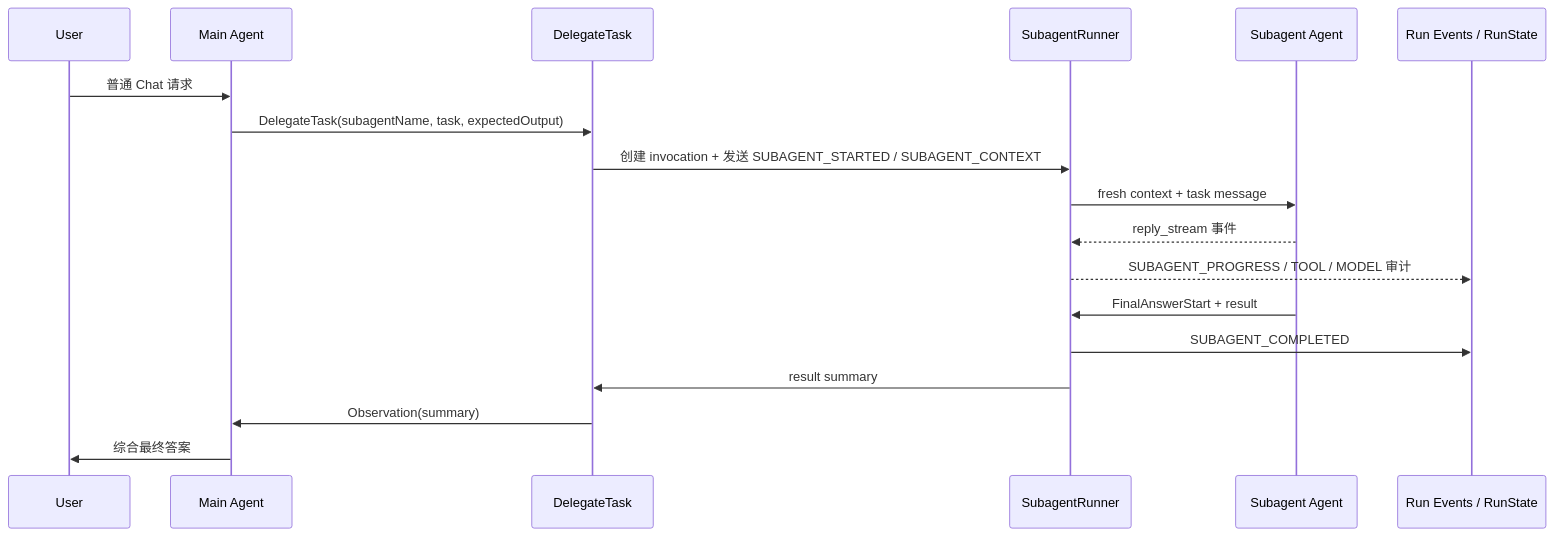
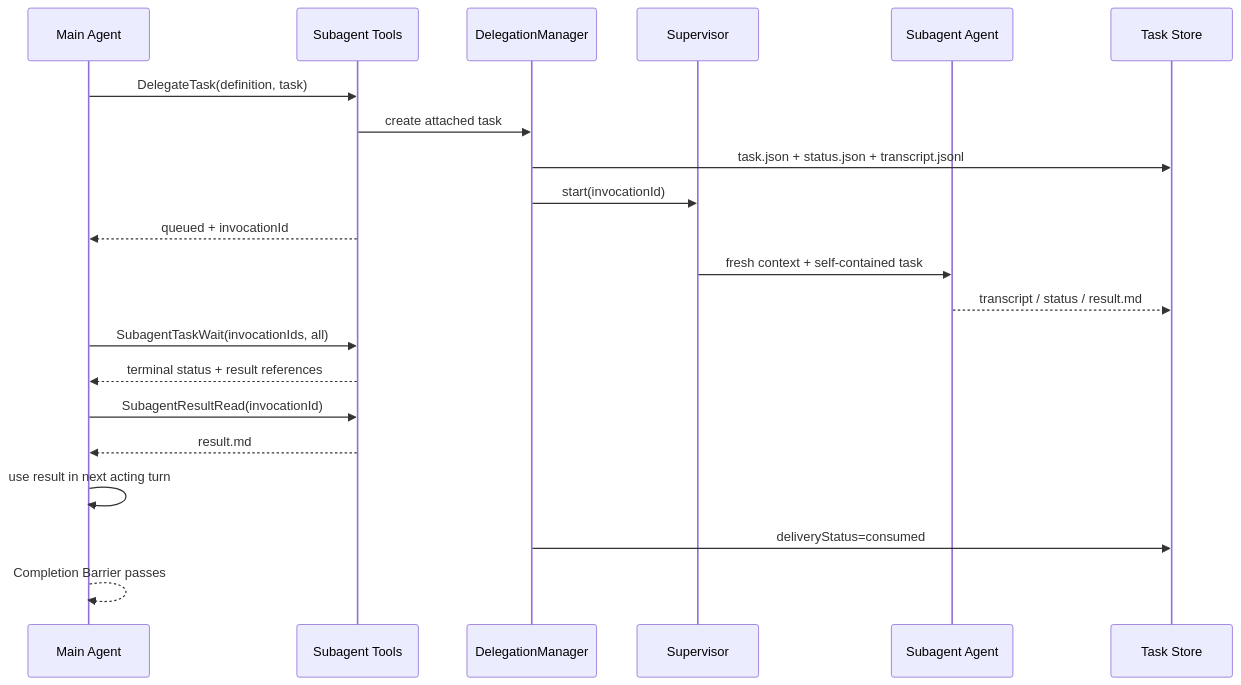
Before and after one commit to aishuang4/yinli: the diagram in docs/subagent-delegation-design.md, drawn with Mermaid. The commit also changed other lines of this file and 16 other files, not shown here.

Commit message:
docs: consolidate architecture documentation

````diff
--- a/docs/subagent-delegation-design.md
+++ b/docs/subagent-delegation-design.md
@@ -241,21 +82,24 @@
 ```mermaid
 sequenceDiagram
-  participant User
   participant Main as Main Agent
-  participant Tool as DelegateTask
-  participant Runner as SubagentRunner
+  participant Tools as Subagent Tools
+  participant Manager as DelegationManager
+  participant Supervisor
   participant Child as Subagent Agent
-  participant Trace as Run Events / RunState
+  participant Store as Task Store
 
-  User->>Main: 普通 Chat 请求
-  Main->>Tool: DelegateTask(subagentName, task, expectedOutput)
-  Tool->>Runner: 创建 invocation + 发送 SUBAGENT_STARTED / SUBAGENT_CONTEXT
-  Runner->>Child: fresh context + task message
-  Child-->>Runner: reply_stream 事件
-  Runner-->>Trace: SUBAGENT_PROGRESS / TOOL / MODEL 审计
-  Child->>Runner: FinalAnswerStart + result
-  Runner->>Trace: SUBAGENT_COMPLETED
-  Runner->>Tool: result summary
-  Tool->>Main: Observation(summary)
-  Main->>User: 综合最终答案
+  Main->>Tools: DelegateTask(definition, task)
+  Tools->>Manager: create attached task
+  Manager->>Store: task.json + status.json + transcript.jsonl
+  Manager->>Supervisor: start(invocationId)
+  Tools-->>Main: queued + invocationId
+  Supervisor->>Child: fresh context + self-contained task
+  Child-->>Store: transcript / status / result.md
+  Main->>Tools: SubagentTaskWait(invocationIds, all)
+  Tools-->>Main: terminal status + result references
+  Main->>Tools: SubagentResultRead(invocationId)
+  Tools-->>Main: result.md
+  Main->>Main: use result in next acting turn
+  Manager->>Store: deliveryStatus=consumed
+  Main-->>Main: Completion Barrier passes
 ```
````
